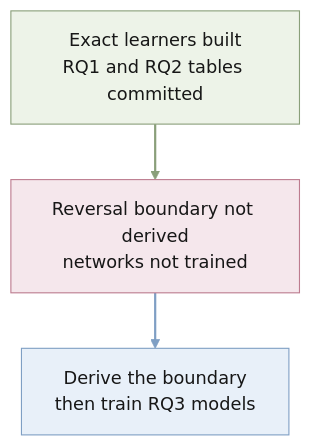
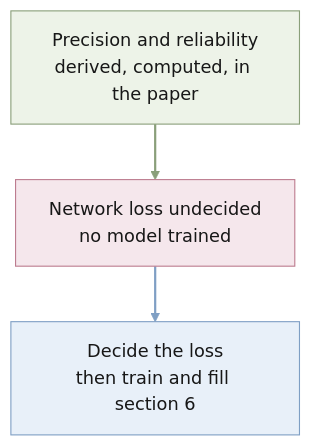
One commit to quan-possible/description-icl changed the diagram in STATUS.md. Above: the diagram before and after it, drawn with Mermaid. The commit also changed other lines of this file and 15 other files, not shown here.

````diff
--- a/STATUS.md
+++ b/STATUS.md
@@ -5,17 +5,17 @@
 ```mermaid
 %%{init: {"theme":"base","themeVariables":{"fontFamily":"Inter, Clear Sans, Noto Sans, Helvetica Neue, Arial, Noto Sans CJK JP, sans-serif","fontSize":"16px","primaryTextColor":"#171717","lineColor":"#a8a8a8","mainBkg":"#ffffff","clusterBkg":"#ffffff","clusterBorder":"#ffffff","edgeLabelBackground":"#ffffff"},"flowchart":{"htmlLabels":true,"curve":"linear"}}}%%
 flowchart TD
     classDef green fill:#edf3e8,stroke:#8a9f7a,color:#171717,stroke-width:1px
     classDef pink fill:#f5e7ec,stroke:#bd7c8f,color:#171717,stroke-width:1px
     classDef blue fill:#e8f0f9,stroke:#7f9fc4,color:#171717,stroke-width:1px
     classDef edgeGreen stroke:#8a9f7a,color:#8a9f7a,stroke-width:2px
     classDef edgeBlue stroke:#7f9fc4,color:#7f9fc4,stroke-width:2px
 
-    done["Exact learners built<br/>RQ1 and RQ2 tables committed"] e1@--> gap["Reversal boundary not derived<br/>networks not trained"] e2@--> next["Derive the boundary<br/>then train RQ3 models"]
+    done["Precision and reliability<br/>derived, computed, in the paper"] e1@--> gap["Network loss undecided<br/>no model trained"] e2@--> next["Decide the loss<br/>then train and fill section 6"]
 
     class done green
     class gap pink
     class next blue
     class e1 edgeGreen
     class e2 edgeBlue
 ```
````
